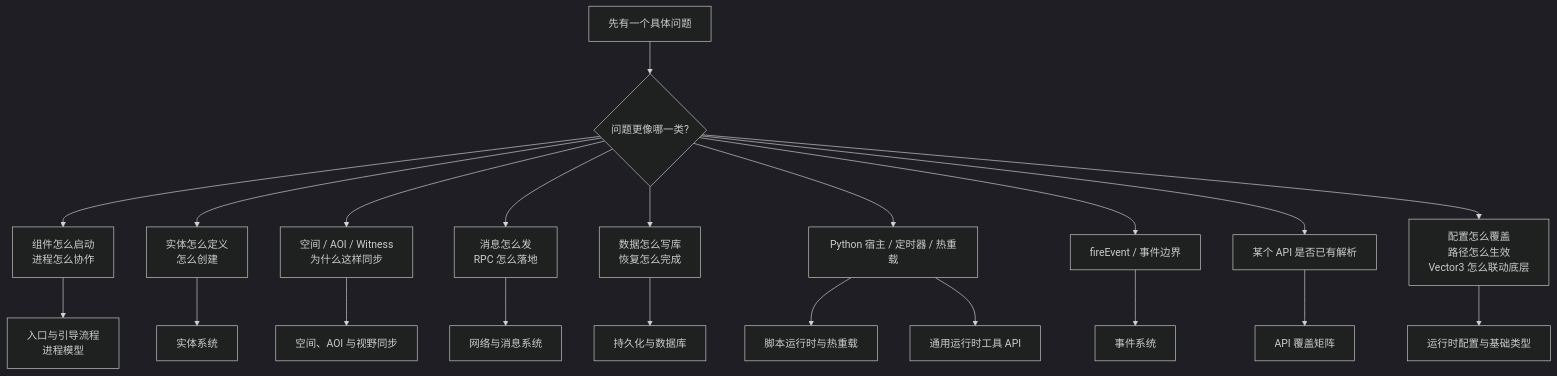
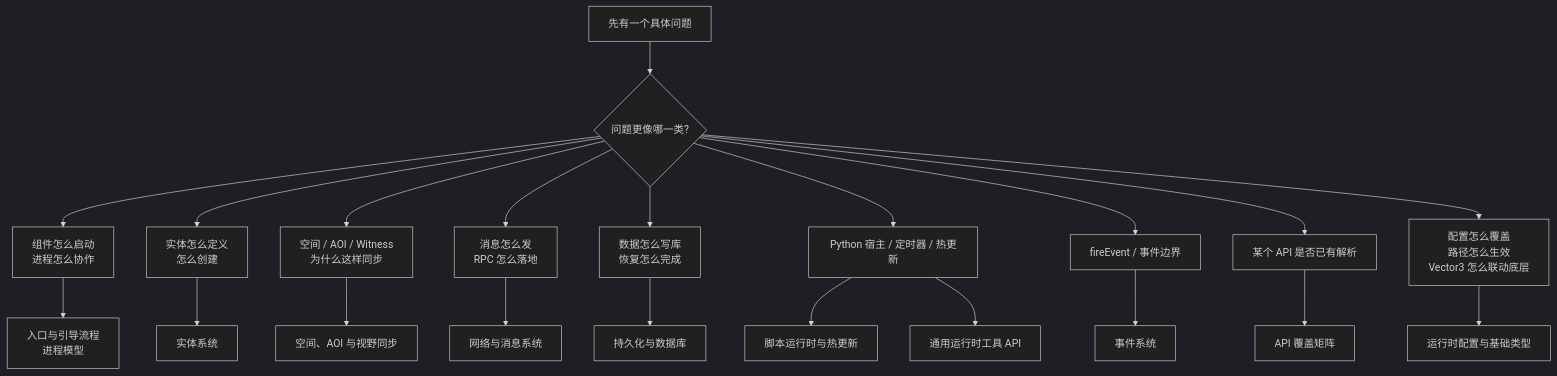
The diagram in docs/architecture/source-analysis/index.md (cuihairu/kbengine), drawn with Mermaid (dark theme) before and after one commit. The commit also changed other lines of this file and 30 other files, not shown here.

````diff
--- a/docs/architecture/source-analysis/index.md
+++ b/docs/architecture/source-analysis/index.md
@@ -11,25 +11,25 @@
 ```mermaid
 flowchart TD
     Q["先有一个具体问题"] --> A{"问题更像哪一类?"}
 
     A --> B["组件怎么启动\n进程怎么协作"]
     A --> C["实体怎么定义\n怎么创建"]
     A --> D["空间 / AOI / Witness\n为什么这样同步"]
     A --> E["消息怎么发\nRPC 怎么落地"]
     A --> F["数据怎么写库\n恢复怎么完成"]
-    A --> G["Python 宿主 / 定时器 / 热重载"]
+    A --> G["Python 宿主 / 定时器 / 热更新"]
     A --> H["fireEvent / 事件边界"]
     A --> I["某个 API 是否已有解析"]
     A --> J["配置怎么覆盖\n路径怎么生效\nVector3 怎么联动底层"]
 
     B --> B1["入口与引导流程\n进程模型"]
     C --> C1["实体系统"]
     D --> D1["空间、AOI 与视野同步"]
     E --> E1["网络与消息系统"]
     F --> F1["持久化与数据库"]
-    G --> G1["脚本运行时与热重载"]
+    G --> G1["脚本运行时与热更新"]
     G --> G2["通用运行时工具 API"]
     H --> H1["事件系统"]
     I --> I1["API 覆盖矩阵"]
     J --> J1["运行时配置与基础类型"]
 ```
````
